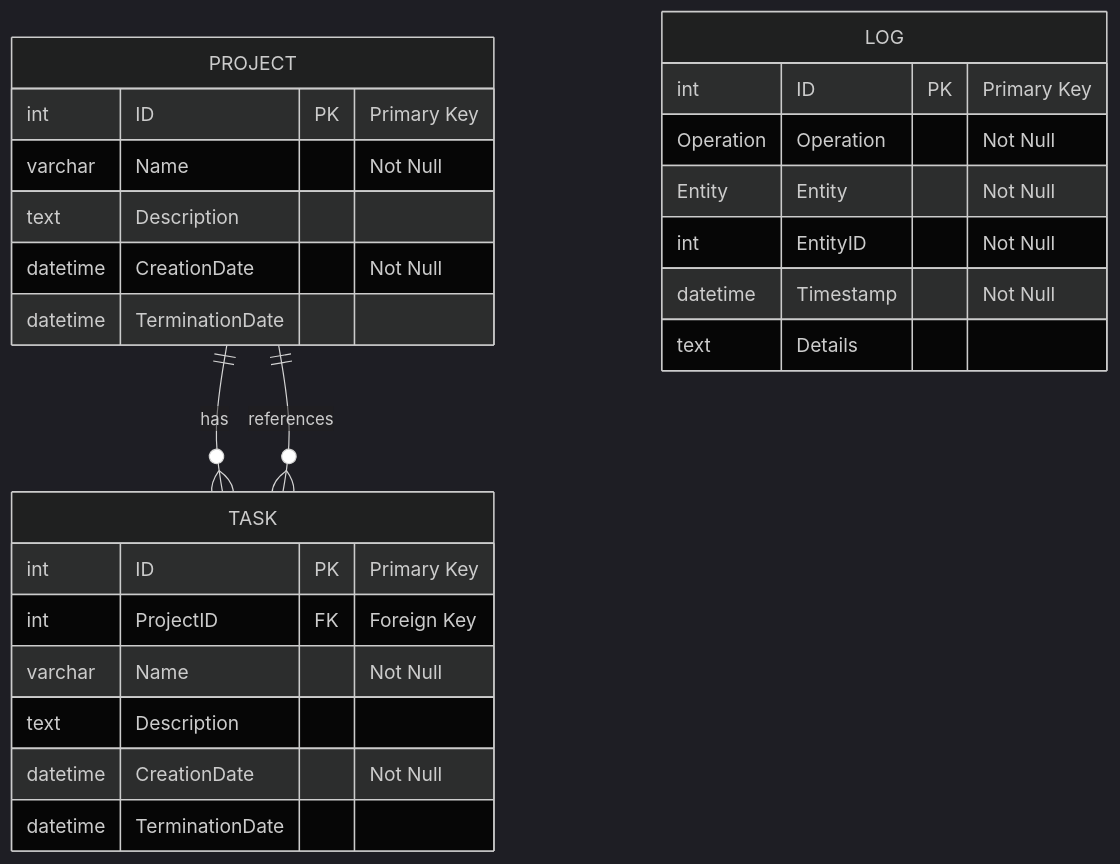
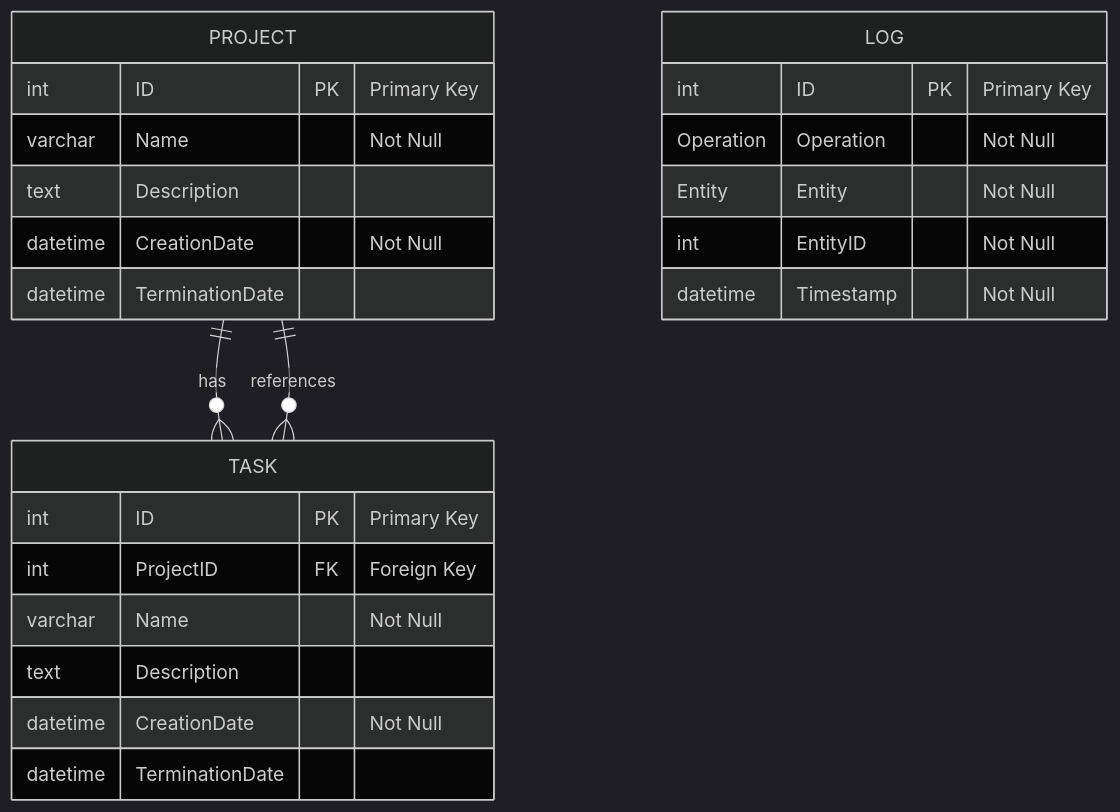
The diagram in README.md (UniVHub/Task-And-Project-Manager), drawn with Mermaid (dark theme) before and after one commit. The commit also changed other lines of this file and 1 other file, not shown here.

````diff
--- a/README.md
+++ b/README.md
@@ -1,31 +17,30 @@
 ```mermaid
 erDiagram
     PROJECT {
         int ID PK "Primary Key"
         varchar Name "Not Null"
         text Description
         datetime CreationDate "Not Null"
         datetime TerminationDate
     }
     
     TASK {
         int ID PK "Primary Key"
         int ProjectID FK "Foreign Key"
         varchar Name "Not Null"
         text Description
         datetime CreationDate "Not Null"
         datetime TerminationDate
     }
     
     LOG {
         int ID PK "Primary Key"
         Operation Operation "Not Null"
         Entity Entity "Not Null"
         int EntityID "Not Null"
         datetime Timestamp "Not Null"
-        text Details
     }
 
     PROJECT ||--o{ TASK : has
     TASK }o--|| PROJECT : references
 ```
````
